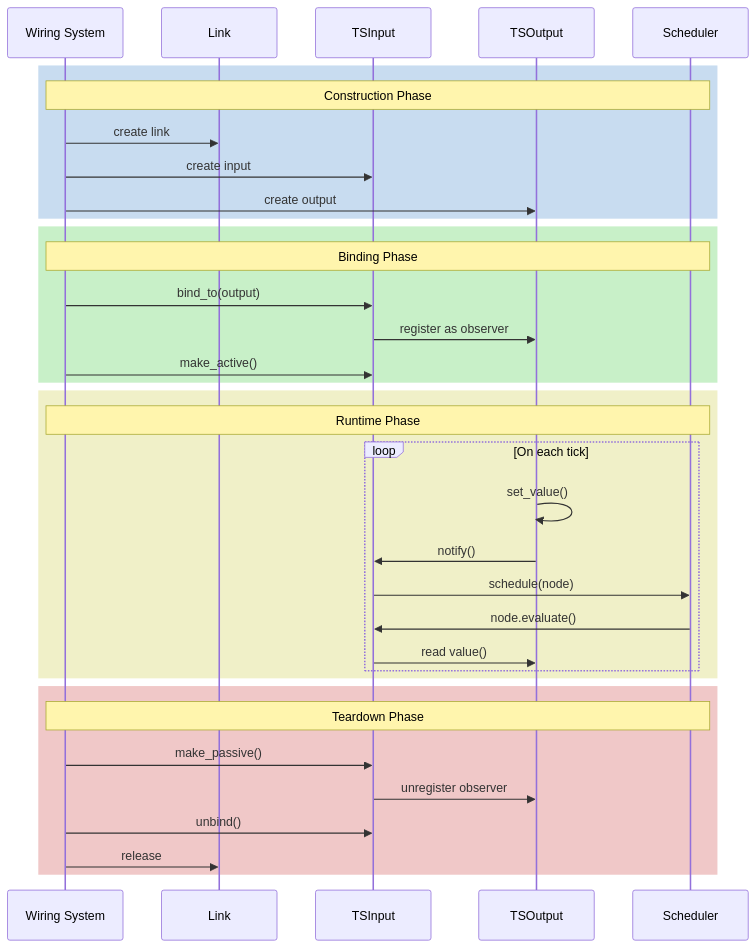
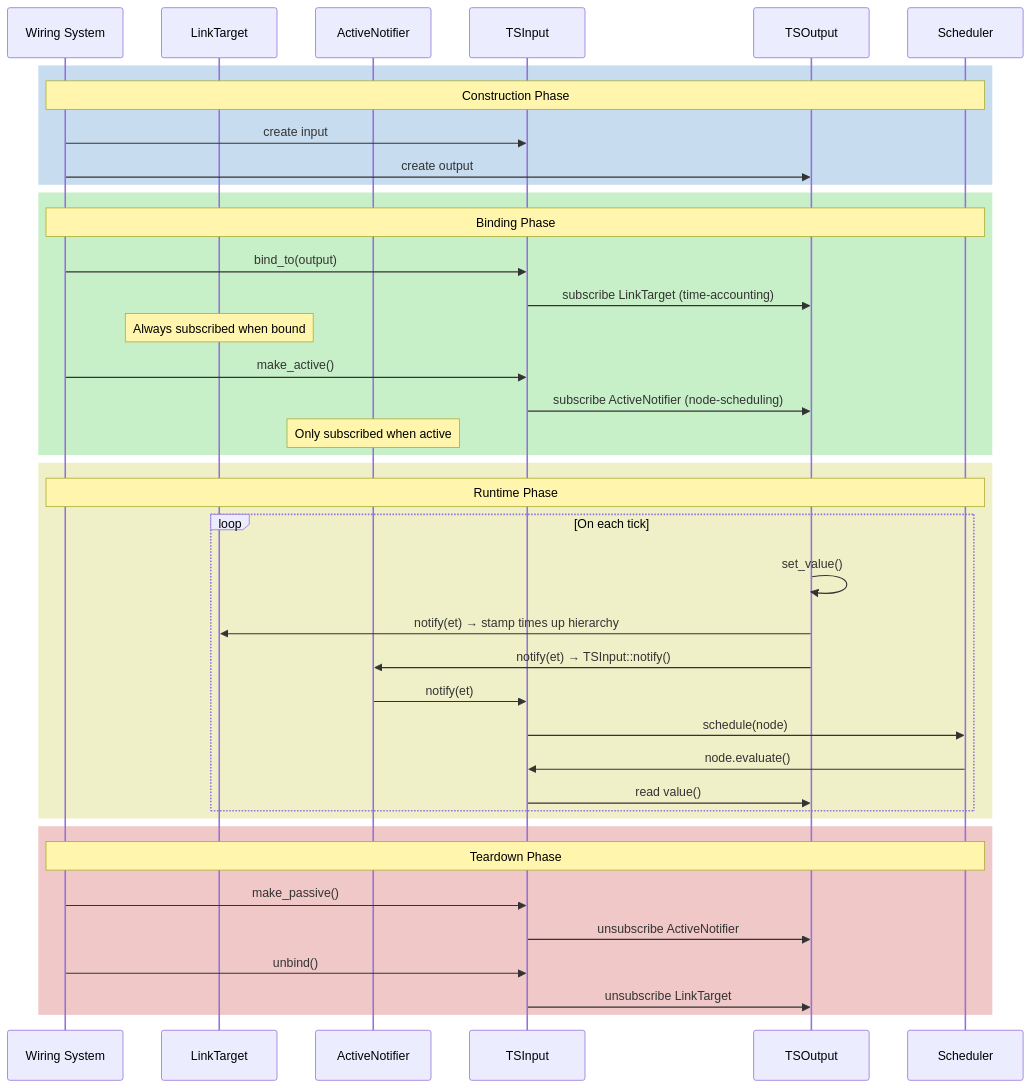
Before and after one commit to hhenson/hgraph: the eighth of 13 diagrams in ts_value_v2601/user_guide/04_LINKS_AND_BINDING.md, drawn with Mermaid. The commit also changed other lines of this file and 1 other file, not shown here.

````diff
--- a/ts_value_v2601/user_guide/04_LINKS_AND_BINDING.md
+++ b/ts_value_v2601/user_guide/04_LINKS_AND_BINDING.md
@@ -1127,41 +1161,46 @@
 ```mermaid
 sequenceDiagram
     participant W as Wiring System
-    participant L as Link
+    participant LT as LinkTarget
+    participant AN as ActiveNotifier
     participant I as TSInput
     participant O as TSOutput
     participant S as Scheduler
 
     rect rgb(200, 220, 240)
         Note over W,S: Construction Phase
-        W->>L: create link
         W->>I: create input
         W->>O: create output
     end
 
     rect rgb(200, 240, 200)
         Note over W,S: Binding Phase
         W->>I: bind_to(output)
-        I->>O: register as observer
+        I->>O: subscribe LinkTarget (time-accounting)
+        Note over LT: Always subscribed when bound
         W->>I: make_active()
+        I->>O: subscribe ActiveNotifier (node-scheduling)
+        Note over AN: Only subscribed when active
     end
 
     rect rgb(240, 240, 200)
         Note over W,S: Runtime Phase
         loop On each tick
             O->>O: set_value()
-            O->>I: notify()
+            O->>LT: notify(et) → stamp times up hierarchy
+            O->>AN: notify(et) → TSInput::notify()
+            AN->>I: notify(et)
             I->>S: schedule(node)
             S->>I: node.evaluate()
             I->>O: read value()
         end
     end
 
     rect rgb(240, 200, 200)
         Note over W,S: Teardown Phase
         W->>I: make_passive()
-        I->>O: unregister observer
+        I->>O: unsubscribe ActiveNotifier
         W->>I: unbind()
-        W->>L: release
+        I->>O: unsubscribe LinkTarget
     end
 ```
````
